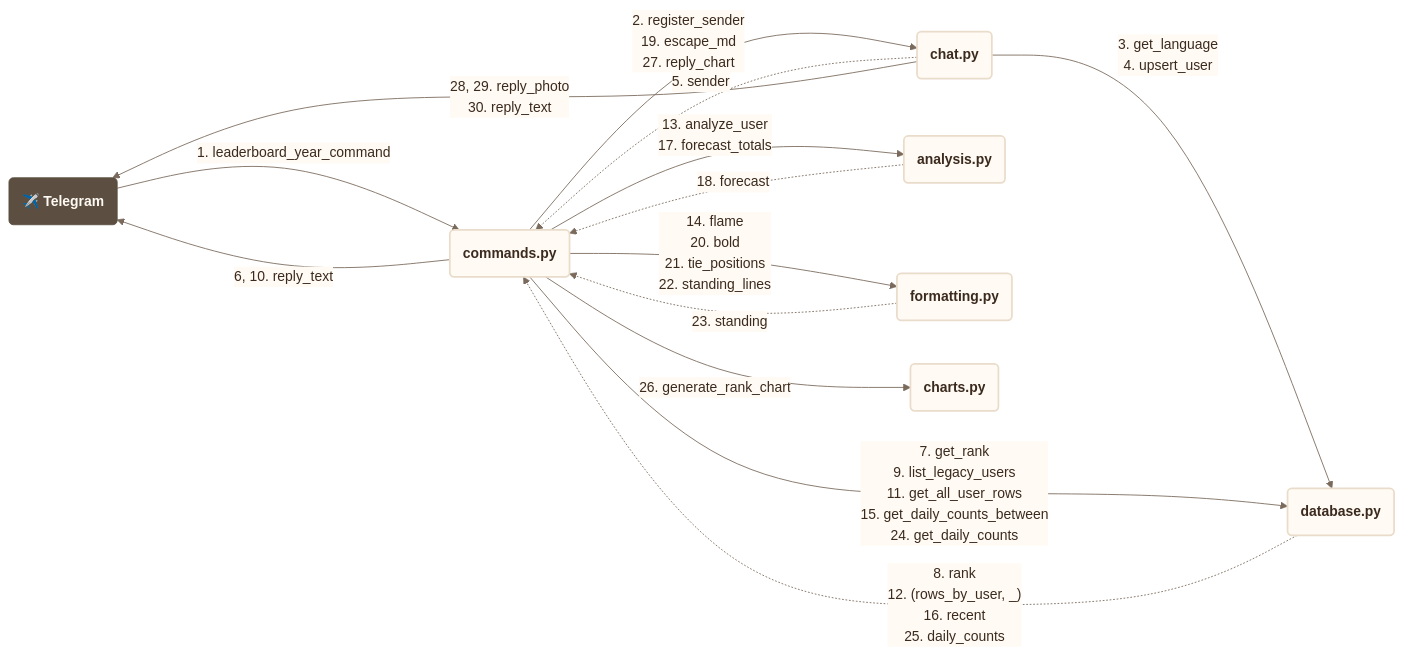
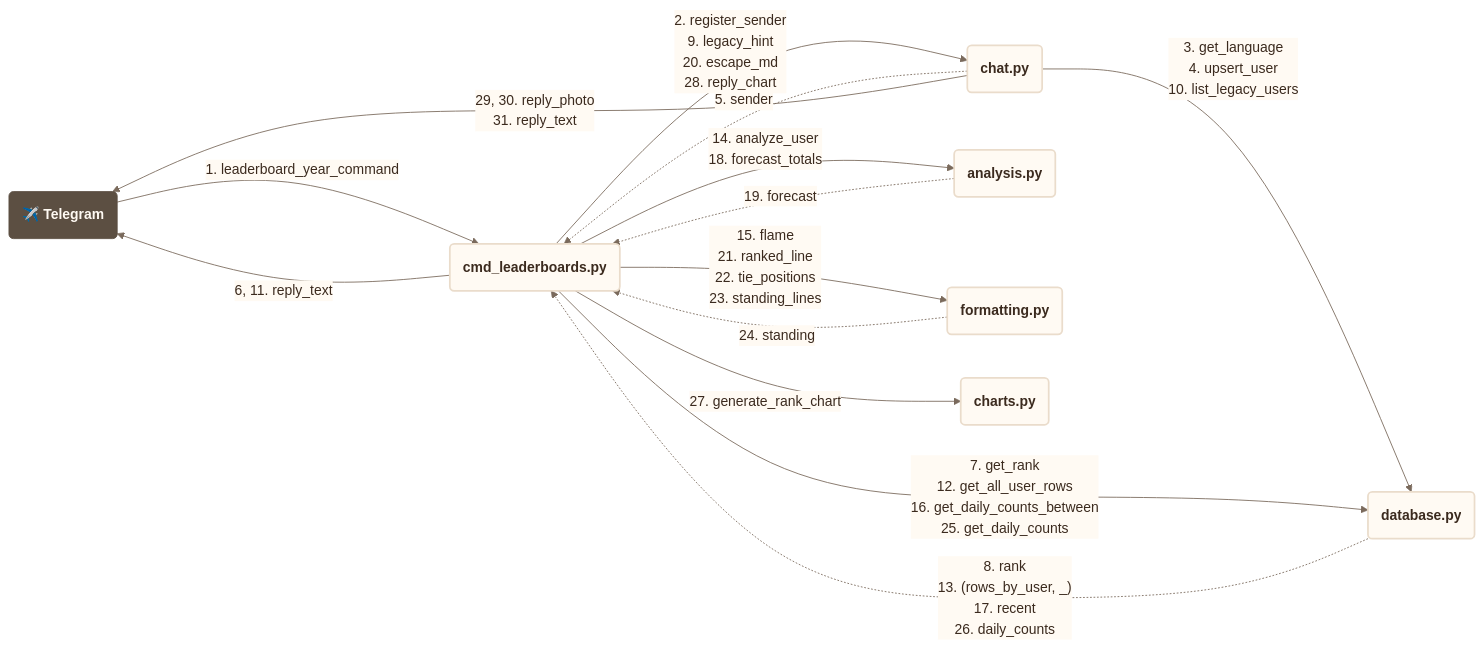
Before and after one commit to francescoperrino/Caccometro: the fifth of 42 diagrams in docs/use_cases.md, drawn with Mermaid. The commit also changed other lines of this file and 30 other files, not shown here.

````diff
--- a/docs/use_cases.md
+++ b/docs/use_cases.md
@@ -332,61 +330,61 @@
 ```mermaid
 ---
 config:
   theme: base
   themeVariables:
     fontFamily: "Nunito, Segoe UI, Roboto, sans-serif"
     primaryColor: "#fffaf3"
     primaryTextColor: "#3b2a1e"
     primaryBorderColor: "#eadccb"
     secondaryColor: "#f7ecdc"
     tertiaryColor: "#f3e4d0"
     lineColor: "#7a6a5c"
     textColor: "#3b2a1e"
     edgeLabelBackground: "#fffaf3"
     clusterBkg: "#f3e4d0"
     clusterBorder: "#cbbca9"
     titleColor: "#5c4f42"
     noteBkgColor: "#f7ecdc"
     noteTextColor: "#3b2a1e"
     actorBkg: "#fffaf3"
     actorBorder: "#5c4f42"
     actorTextColor: "#3b2a1e"
     signalColor: "#7a6a5c"
     signalTextColor: "#3b2a1e"
     labelBoxBkgColor: "#f3e4d0"
     loopTextColor: "#3b2a1e"
     sequenceNumberColor: "#fffaf3"
     xyChart:
       plotColorPalette: "#2f4f8f"
   flowchart:
     nodeSpacing: 50
     rankSpacing: 160
 ---
 flowchart LR
     accTitle: Communication diagram, /leaderboard_year (/classifica_anno)
     accDescr: The modules involved, the functions each one calls in another and what comes back, numbered as in the sequence
     telegram("<b>✈️ Telegram</b>")
-    commands("<b>commands.py</b>")
+    cmd_leaderboards("<b>cmd_leaderboards.py</b>")
     chat("<b>chat.py</b>")
     database("<b>database.py</b>")
     analysis("<b>analysis.py</b>")
     formatting("<b>formatting.py</b>")
     charts("<b>charts.py</b>")
-    telegram -->|"1.#nbsp;leaderboard_year_command"| commands
-    commands -->|"2.#nbsp;register_sender<br/>19.#nbsp;escape_md<br/>27.#nbsp;reply_chart"| chat
-    chat -->|"3.#nbsp;get_language<br/>4.#nbsp;upsert_user"| database
-    chat -.->|"5.#nbsp;sender"| commands
-    commands -->|"6, 10.#nbsp;reply_text"| telegram
-    commands -->|"7.#nbsp;get_rank<br/>9.#nbsp;list_legacy_users<br/>11.#nbsp;get_all_user_rows<br/>15.#nbsp;get_daily_counts_between<br/>24.#nbsp;get_daily_counts"| database
-    database -.->|"8.#nbsp;rank<br/>12.#nbsp;(rows_by_user, _)<br/>16.#nbsp;recent<br/>25.#nbsp;daily_counts"| commands
-    commands -->|"13.#nbsp;analyze_user<br/>17.#nbsp;forecast_totals"| analysis
-    commands -->|"14.#nbsp;flame<br/>20.#nbsp;bold<br/>21.#nbsp;tie_positions<br/>22.#nbsp;standing_lines"| formatting
-    analysis -.->|"18.#nbsp;forecast"| commands
-    formatting -.->|"23.#nbsp;standing"| commands
-    commands -->|"26.#nbsp;generate_rank_chart"| charts
-    chat -->|"28, 29.#nbsp;reply_photo<br/>30.#nbsp;reply_text"| telegram
+    telegram -->|"1.#nbsp;leaderboard_year_command"| cmd_leaderboards
+    cmd_leaderboards -->|"2.#nbsp;register_sender<br/>9.#nbsp;legacy_hint<br/>20.#nbsp;escape_md<br/>28.#nbsp;reply_chart"| chat
+    chat -->|"3.#nbsp;get_language<br/>4.#nbsp;upsert_user<br/>10.#nbsp;list_legacy_users"| database
+    chat -.->|"5.#nbsp;sender"| cmd_leaderboards
+    cmd_leaderboards -->|"6, 11.#nbsp;reply_text"| telegram
+    cmd_leaderboards -->|"7.#nbsp;get_rank<br/>12.#nbsp;get_all_user_rows<br/>16.#nbsp;get_daily_counts_between<br/>25.#nbsp;get_daily_counts"| database
+    database -.->|"8.#nbsp;rank<br/>13.#nbsp;(rows_by_user, _)<br/>17.#nbsp;recent<br/>26.#nbsp;daily_counts"| cmd_leaderboards
+    cmd_leaderboards -->|"14.#nbsp;analyze_user<br/>18.#nbsp;forecast_totals"| analysis
+    cmd_leaderboards -->|"15.#nbsp;flame<br/>21.#nbsp;ranked_line<br/>22.#nbsp;tie_positions<br/>23.#nbsp;standing_lines"| formatting
+    analysis -.->|"19.#nbsp;forecast"| cmd_leaderboards
+    formatting -.->|"24.#nbsp;standing"| cmd_leaderboards
+    cmd_leaderboards -->|"27.#nbsp;generate_rank_chart"| charts
+    chat -->|"29, 30.#nbsp;reply_photo<br/>31.#nbsp;reply_text"| telegram
     classDef step fill:#fffaf3,stroke:#eadccb,stroke-width:2px,color:#3b2a1e
     classDef person fill:#5c4f42,stroke:#5c4f42,color:#fffaf3
-    class commands,chat,database,analysis,formatting,charts step
+    class cmd_leaderboards,chat,database,analysis,formatting,charts step
     class telegram person
 ```
````
